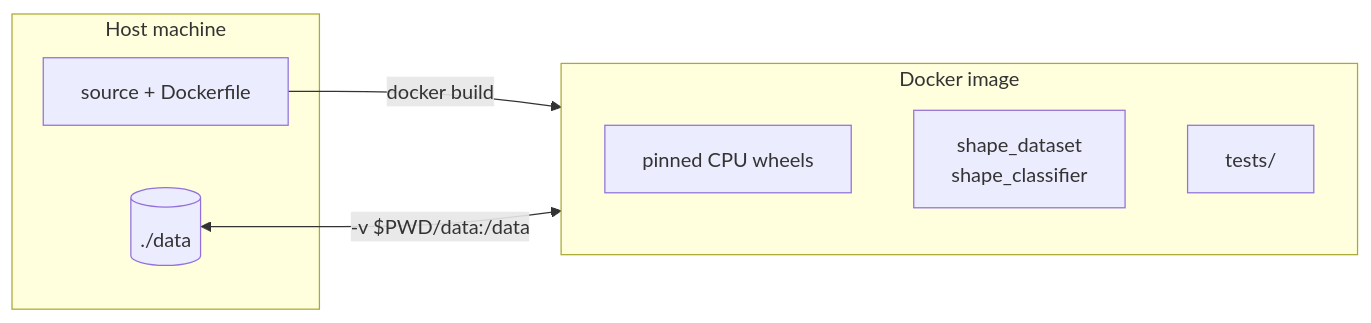
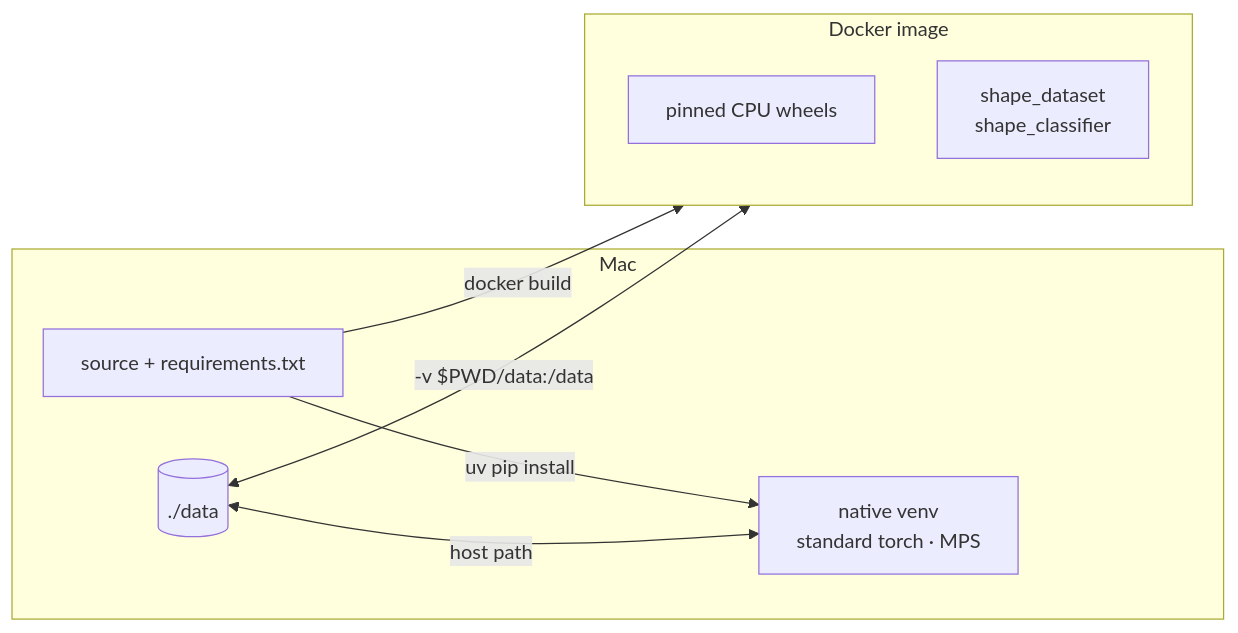
One commit to nal/ML changed diagram 13 of 14 in CNN/image_classification/docs/hld/hld.md. Above: the diagram before and after it, drawn with Mermaid. The commit also changed other lines of this file and 1 other file, not shown here.

````diff
--- a/CNN/image_classification/docs/hld/hld.md
+++ b/CNN/image_classification/docs/hld/hld.md
@@ -309,14 +387,16 @@
 ```mermaid
 flowchart LR
-  subgraph host[Host machine]
-    src["source + Dockerfile"]
+  subgraph host[Mac]
+    src["source + requirements.txt"]
     hdata[("./data")]
+    venv["native venv<br/>standard torch · MPS"]
   end
   subgraph img["Docker image"]
     deps["pinned CPU wheels"]
     pkgs["shape_dataset<br/>shape_classifier"]
-    tests["tests/"]
   end
   src -- "docker build" --> img
+  src -- "uv pip install" --> venv
   hdata <-- "-v $PWD/data:/data" --> img
+  hdata <-- "host path" --> venv
 ```
````
